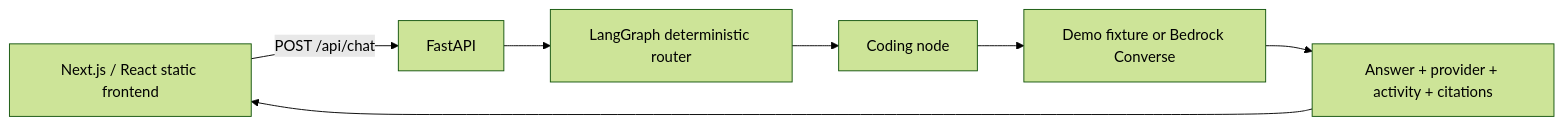
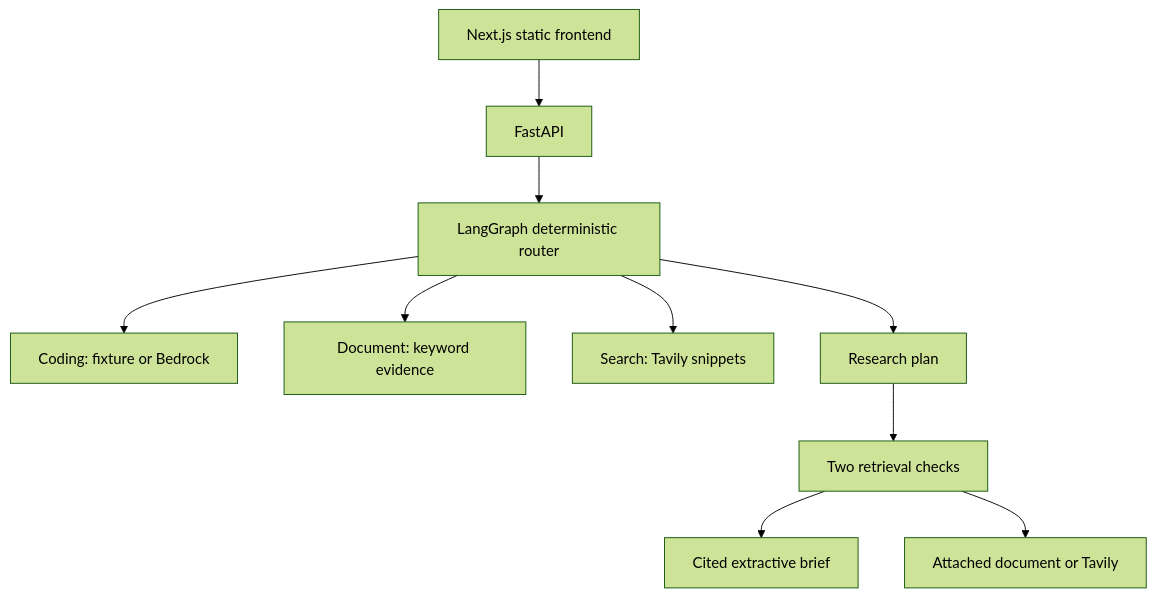
Before and after one commit to Devaans-10/ADDA-AI: the diagram in docs/ARCHITECTURE.md, drawn with Mermaid (forest theme). The commit also changed other lines of this file and 42 other files, not shown here.

````diff
--- a/docs/ARCHITECTURE.md
+++ b/docs/ARCHITECTURE.md
@@ -7,9 +5,12 @@
 ```mermaid
-flowchart LR
-  Browser[Next.js / React static frontend] -->|POST /api/chat| API[FastAPI]
+flowchart TD
+  UI[Next.js static frontend] --> API[FastAPI]
   API --> Router[LangGraph deterministic router]
-  Router --> Coding[Coding node]
-  Coding --> Provider[Demo fixture or Bedrock Converse]
-  Provider --> Response[Answer + provider + activity + citations]
-  Response --> Browser
+  Router --> Coding[Coding: fixture or Bedrock]
+  Router --> Document[Document: keyword evidence]
+  Router --> Search[Search: Tavily snippets]
+  Router --> Plan[Research plan]
+  Plan --> Collect[Two retrieval checks]
+  Collect --> Brief[Cited extractive brief]
+  Collect --> Sources[Attached document or Tavily]
 ```
````
